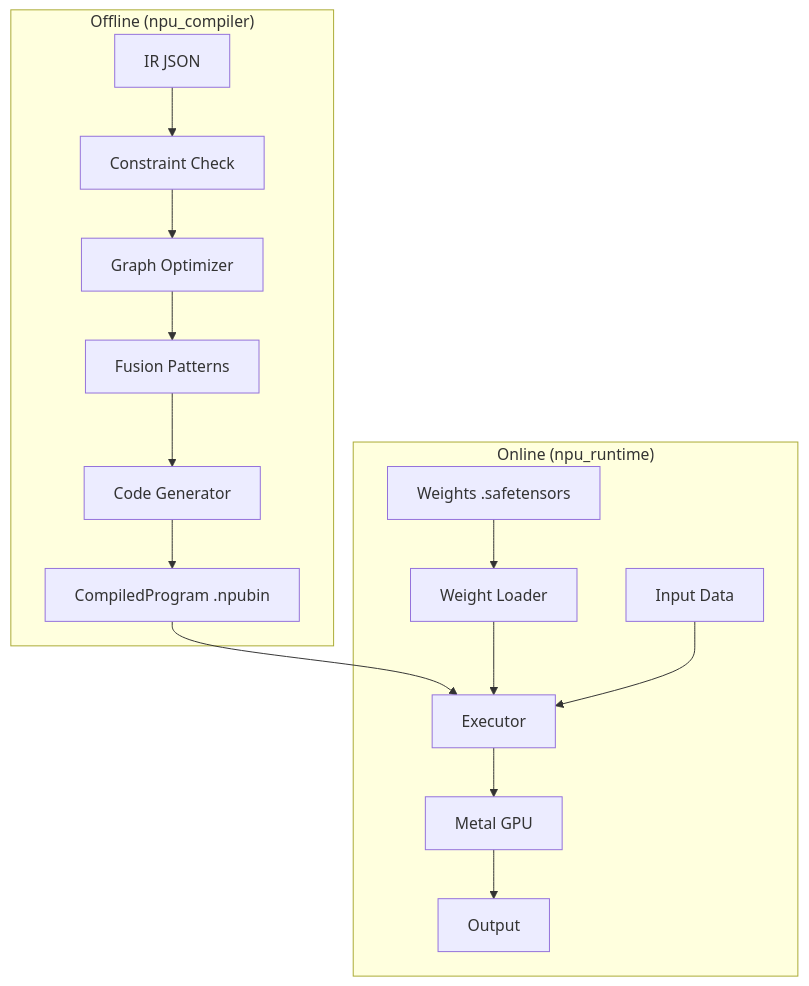
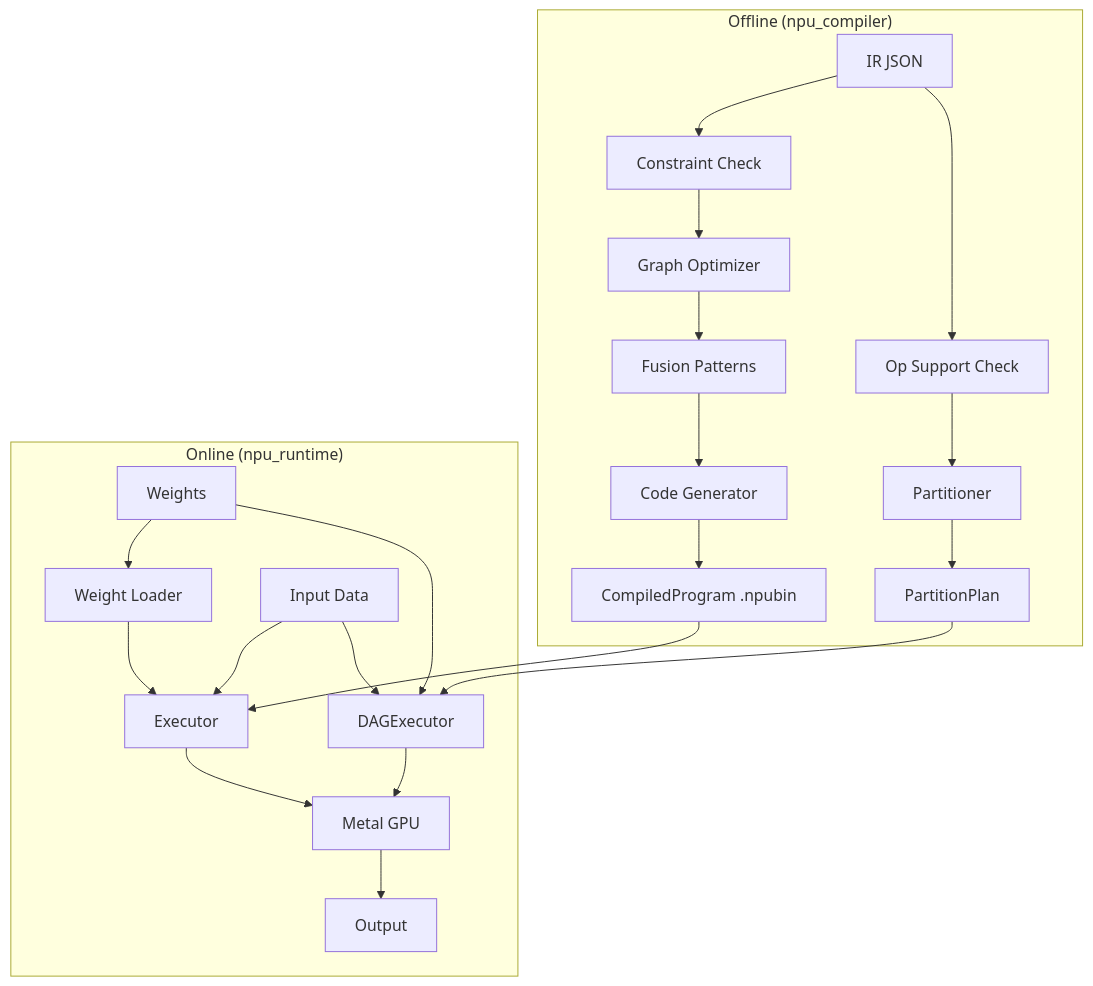
One commit to sweetcocoa/pytorch-apple changed the diagram in docs/concepts.md. Above: the diagram before and after it, drawn with Mermaid. The commit also changed other lines of this file and 15 other files, not shown here.

First line of the commit message:
Update docs for graph partitioning pipeline

````diff
--- a/docs/concepts.md
+++ b/docs/concepts.md
@@ -7,18 +7,25 @@
 ```mermaid
 graph TB
     subgraph Offline ["Offline (npu_compiler)"]
         A[IR JSON] --> B[Constraint Check]
         B --> C[Graph Optimizer]
         C --> D[Fusion Patterns]
         D --> E[Code Generator]
         E --> F[CompiledProgram .npubin]
+        A --> P[Op Support Check]
+        P --> Q[Partitioner]
+        Q --> R[PartitionPlan]
     end
     subgraph Online ["Online (npu_runtime)"]
         F --> G[Executor]
-        H[Weights .safetensors] --> I[Weight Loader]
+        H[Weights] --> I[Weight Loader]
         I --> G
         J[Input Data] --> G
         G --> K[Metal GPU]
         K --> L[Output]
+        R --> DAG[DAGExecutor]
+        H --> DAG
+        J --> DAG
+        DAG --> K
     end
 ```
````
